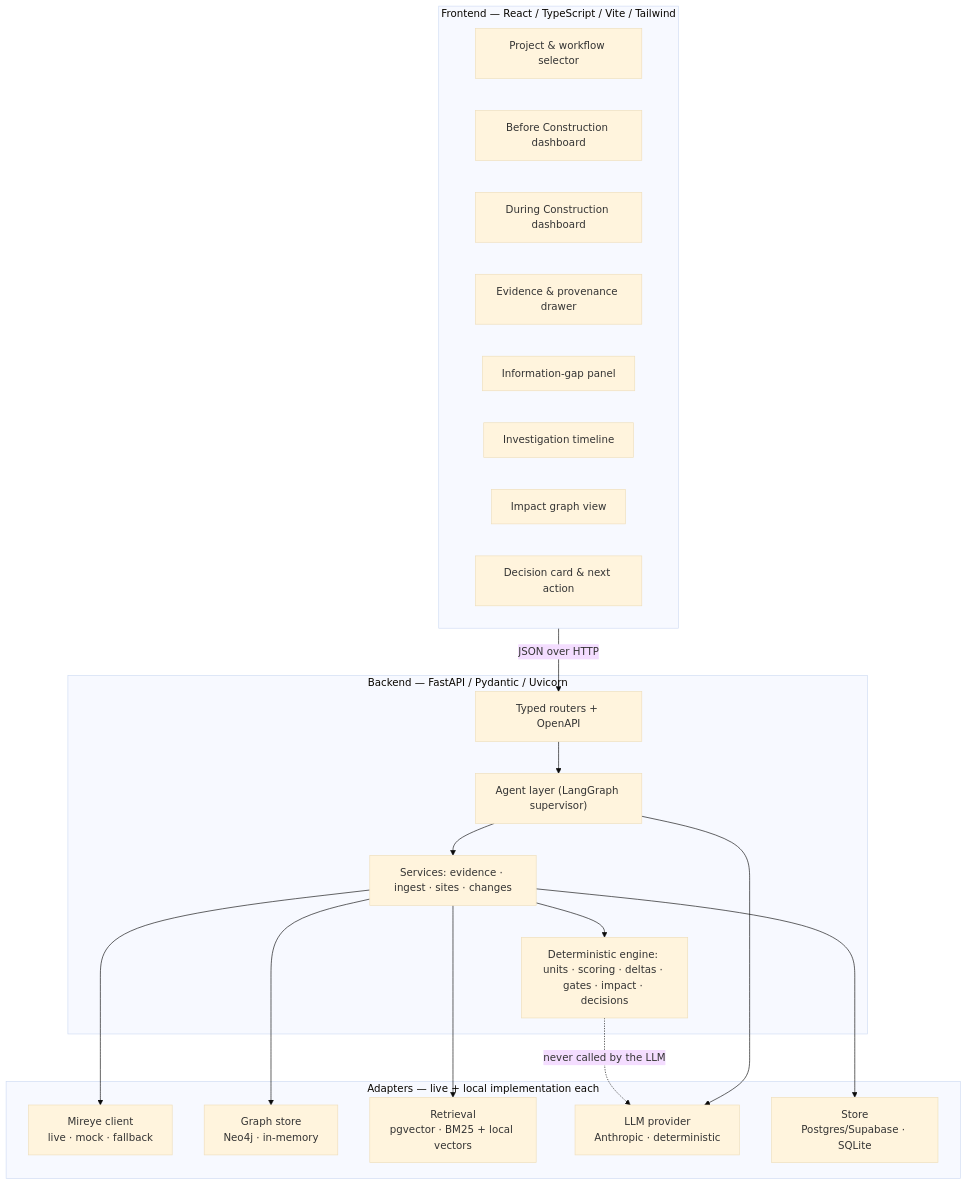
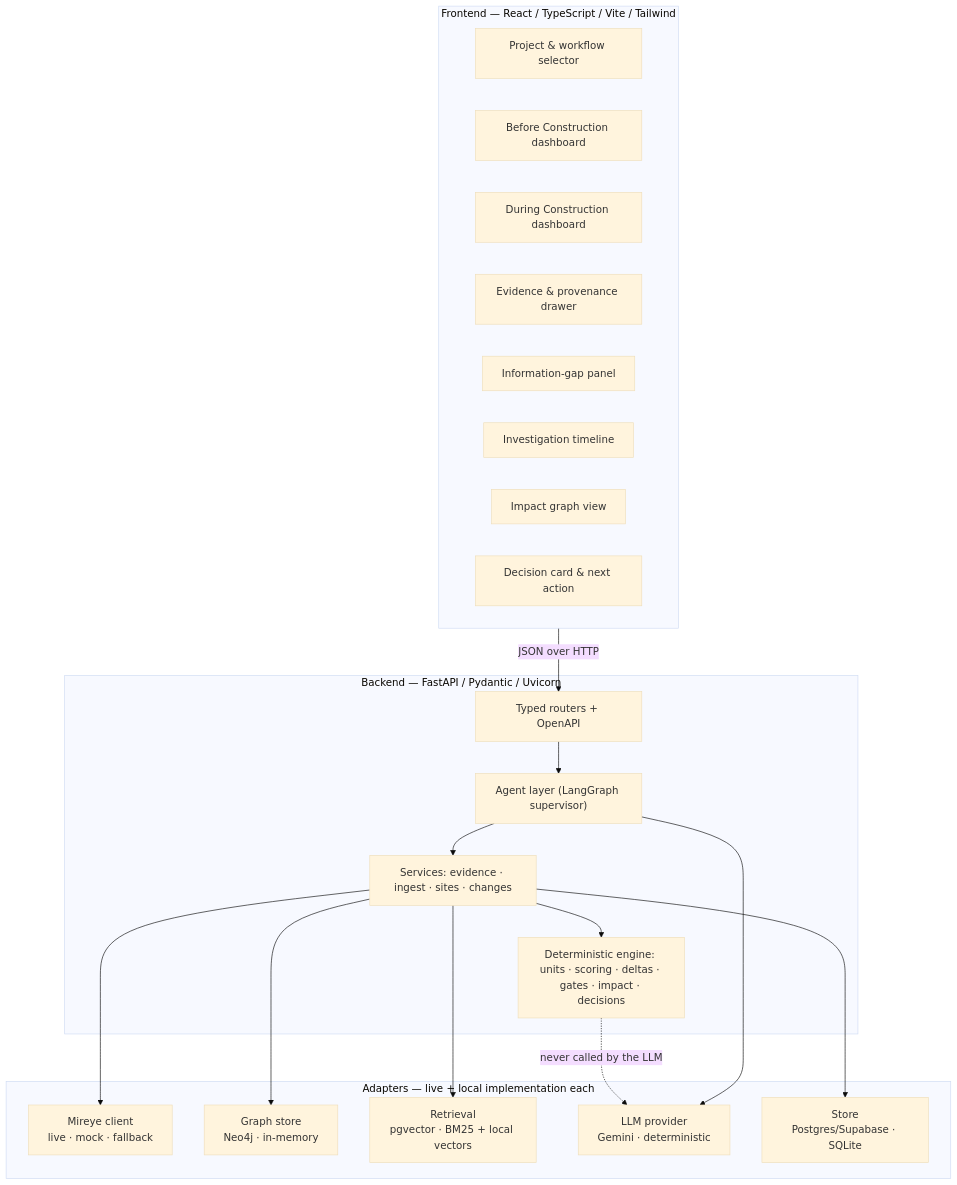
Before and after one commit to RishiiGamer2201/the-wet-stack-mireye: the first of 5 diagrams in docs/architecture.md, drawn with Mermaid (base theme). The commit also changed other lines of this file and 12 other files, not shown here.

First line of the commit message:
feat: swap the LLM to Gemini and add opt-in LangSmith tracing

````diff
--- a/docs/architecture.md
+++ b/docs/architecture.md
@@ -13,34 +13,34 @@
 ```mermaid
 flowchart TB
     subgraph UI["Frontend — React / TypeScript / Vite / Tailwind"]
         SEL[Project & workflow selector]
         BC[Before Construction dashboard]
         DC[During Construction dashboard]
         EV[Evidence & provenance drawer]
         GAP[Information-gap panel]
         TL[Investigation timeline]
         IG[Impact graph view]
         DEC[Decision card & next action]
     end
 
     subgraph API["Backend — FastAPI / Pydantic / Uvicorn"]
         R[Typed routers + OpenAPI]
         AG["Agent layer (LangGraph supervisor)"]
         SV["Services: evidence · ingest · sites · changes"]
         EN["Deterministic engine: units · scoring · deltas · gates · impact · decisions"]
     end
 
     subgraph AD["Adapters — live + local implementation each"]
         MI["Mireye client<br/>live · mock · fallback"]
         GR["Graph store<br/>Neo4j · in-memory"]
         VS["Retrieval<br/>pgvector · BM25 + local vectors"]
-        LLM["LLM provider<br/>Anthropic · deterministic"]
+        LLM["LLM provider<br/>Gemini · deterministic"]
         ST["Store<br/>Postgres/Supabase · SQLite"]
     end
 
     UI -->|JSON over HTTP| R
     R --> AG --> SV --> EN
     SV --> MI & GR & VS & ST
     AG --> LLM
     EN -.->|never called by the LLM| LLM
 ```
````
